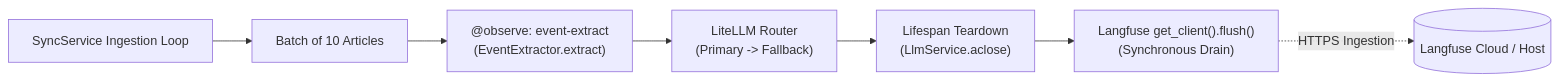
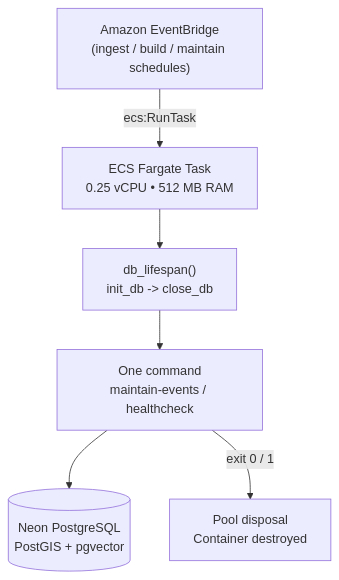
One commit to paavann/hermes changed the first of 3 diagrams in apps/hermes-worker/docs/architecture.md. Above: the diagram before and after it, drawn with Mermaid. The commit also changed other lines of this file and 34 other files, not shown here.

Commit message:
refactor(news-ingestion): added context based job runs, db resets, maintenance and healthcheck logic.

````diff
--- a/apps/hermes-worker/docs/architecture.md
+++ b/apps/hermes-worker/docs/architecture.md
@@ -209,9 +11,8 @@
 ```mermaid
-flowchart LR
-    Sync["SyncService Ingestion Loop"] --> Batch["Batch of 10 Articles"]
-    Batch --> Observe["@observe: event-extract\n(EventExtractor.extract)"]
-    Observe --> Router["LiteLLM Router\n(Primary -> Fallback)"]
-    Router --> LifespanEnd["Lifespan Teardown\n(LlmService.aclose)"]
-    LifespanEnd --> Flush["Langfuse get_client().flush()\n(Synchronous Drain)"]
-    Flush -.->|"HTTPS Ingestion"| Langfuse[("Langfuse Cloud / Host")]
+flowchart TB
+    EventBridge["Amazon EventBridge\n(ingest / build / maintain schedules)"] -->|"ecs:RunTask"| Fargate["ECS Fargate Task\n0.25 vCPU • 512 MB RAM"]
+    Fargate --> Lifespan["db_lifespan()\ninit_db -> close_db"]
+    Lifespan --> Command["One command\nmaintain-events / healthcheck"]
+    Command --> Neon[("Neon PostgreSQL\nPostGIS + pgvector")]
+    Command -->|"exit 0 / 1"| Teardown["Pool disposal\nContainer destroyed"]
 ```
````
